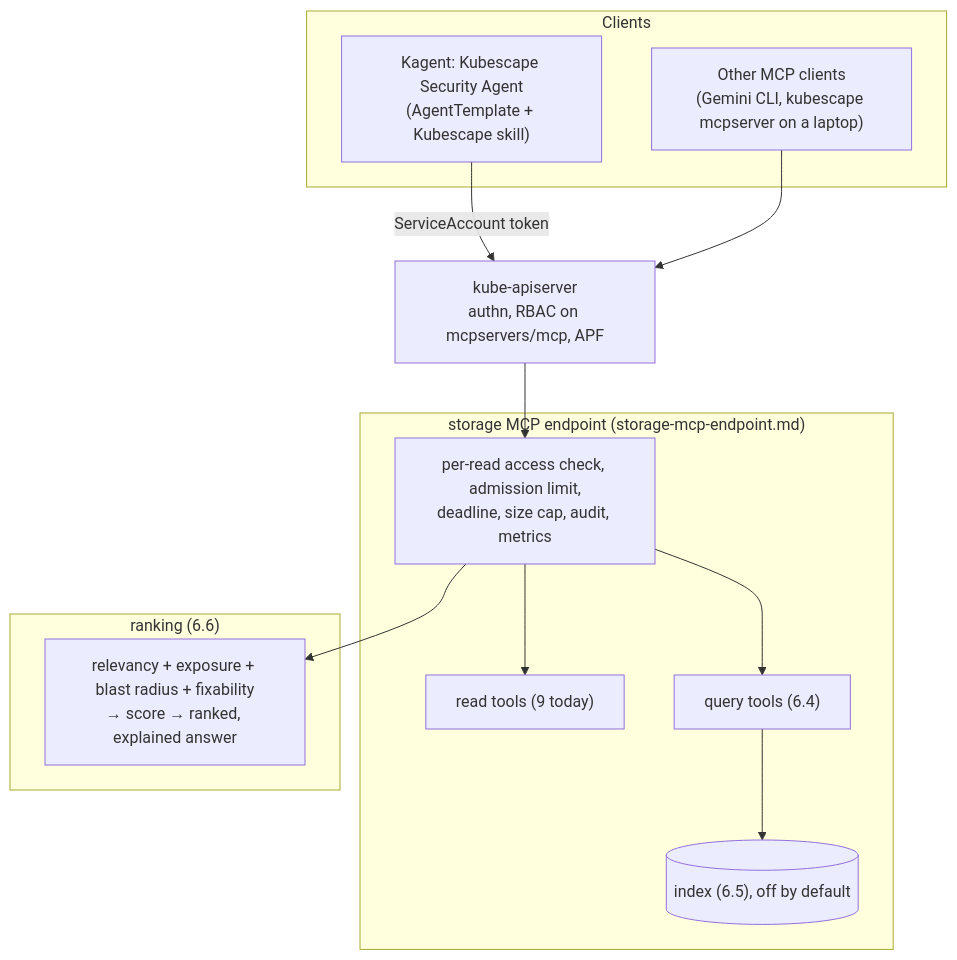
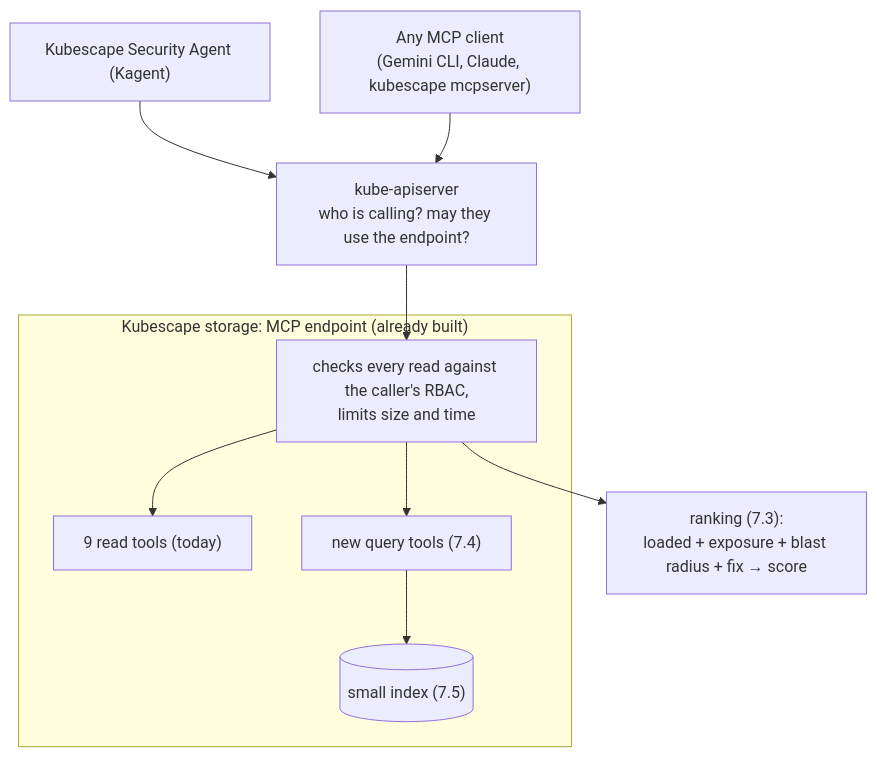
The third of 9 diagrams in proposals/fix-what-matters.md (kubescape/designs-and-proposals), drawn with Mermaid before and after one commit. The commit also changed other lines of this file, not shown here.

Commit message:
proposal: Fix What Matters: diagrams, examples, before and after, simpler wording

````diff
--- a/proposals/fix-what-matters.md
+++ b/proposals/fix-what-matters.md
@@ -117,22 +180,13 @@
 ```mermaid
 flowchart TB
-  subgraph Clients
-    KA["Kagent: Kubescape Security Agent<br/>(AgentTemplate + Kubescape skill)"]
-    OC["Other MCP clients<br/>(Gemini CLI, kubescape mcpserver on a laptop)"]
+  KA["Kubescape Security Agent (Kagent)"] --> API
+  OC["Any MCP client<br/>(Gemini CLI, Claude, kubescape mcpserver)"] --> API
+  API["kube-apiserver<br/>who is calling? may they use the endpoint?"] --> EP
+  subgraph STR["Kubescape storage: MCP endpoint (already built)"]
+    EP["checks every read against the caller's RBAC,<br/>limits size and time"]
+    EP --> RT["9 read tools (today)"]
+    EP --> QT["new query tools (7.4)"]
+    QT --> IDX[("small index (7.5)")]
   end
-  KA -->|ServiceAccount token| API
-  OC --> API
-  API["kube-apiserver<br/>authn, RBAC on mcpservers/mcp, APF"] --> EP
-  subgraph STR["storage MCP endpoint (storage-mcp-endpoint.md)"]
-    EP["per-read access check, admission limit,<br/>deadline, size cap, audit, metrics"]
-    RT["read tools (9 today)"]
-    QT["query tools (6.4)"]
-    IDX[("index (6.5), off by default")]
-    EP --> RT
-    EP --> QT --> IDX
-  end
-  subgraph RANK["ranking (6.6)"]
-    R["relevancy + exposure + blast radius + fixability<br/>→ score → ranked, explained answer"]
-  end
-  EP --> R
+  EP --> R["ranking (7.3):<br/>loaded + exposure + blast radius + fix → score"]
 ```
````
